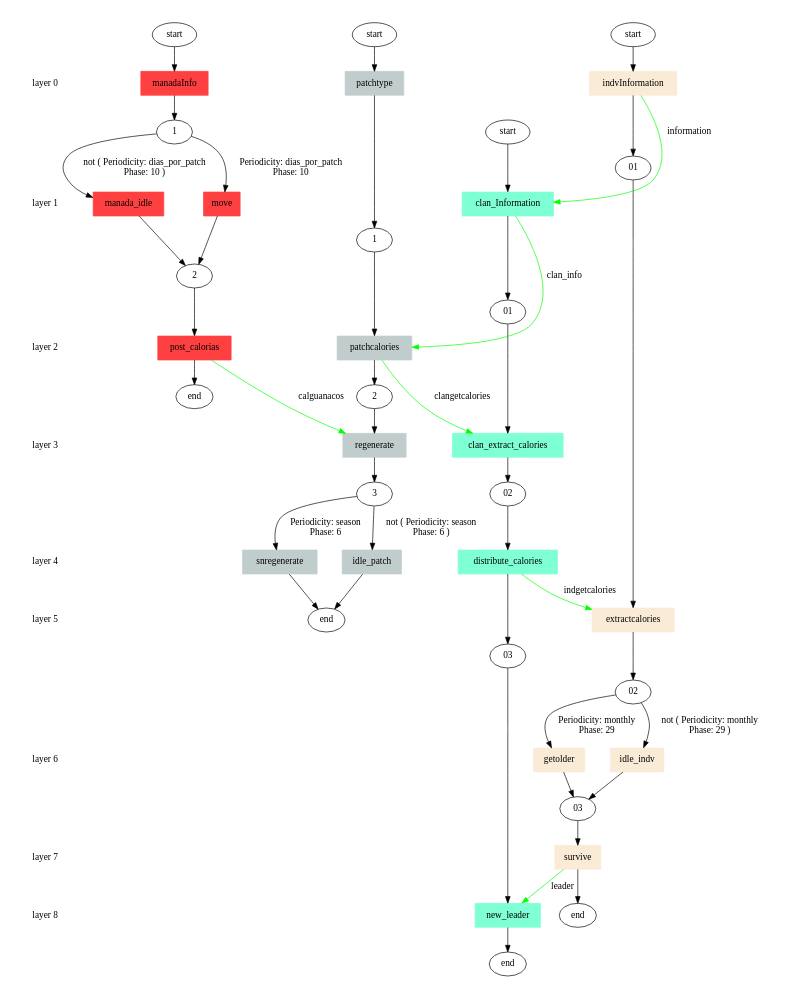
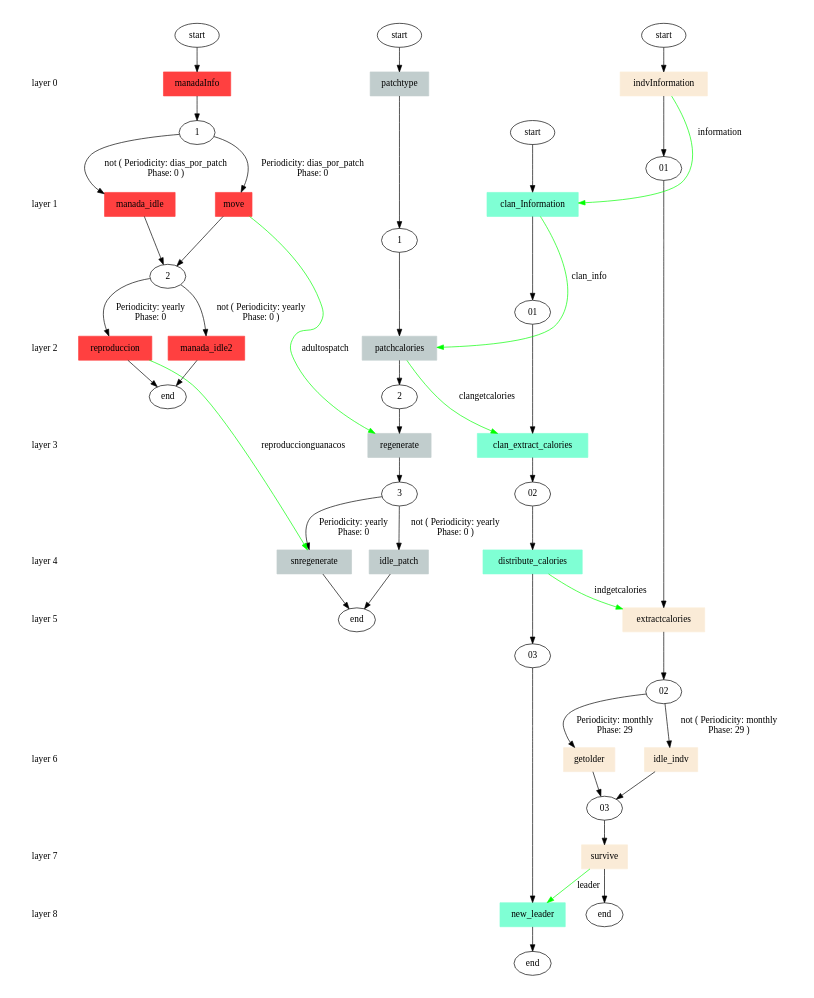
The diagram in stategraph_colour.dot (andresroro/patagonia), drawn with Graphviz before and after one commit. The commit also changed 30 other files, not shown here.

Commit message:
ADD reproduccion guanacos

```diff
--- a/stategraph_colour.dot
+++ b/stategraph_colour.dot
@@ -1,115 +1,119 @@
 digraph state_graph {
 	rankdir=TB;
 	size="8,5;"
 	layer_0 [shape=plaintext, label="layer 0"];
 	layer_1 [shape=plaintext, label="layer 1"];
 	layer_0 -> layer_1 [style=invis];
 	layer_2 [shape=plaintext, label="layer 2"];
 	layer_1 -> layer_2 [style=invis];
 	layer_3 [shape=plaintext, label="layer 3"];
 	layer_2 -> layer_3 [style=invis];
 	layer_4 [shape=plaintext, label="layer 4"];
 	layer_3 -> layer_4 [style=invis];
 	layer_5 [shape=plaintext, label="layer 5"];
 	layer_4 -> layer_5 [style=invis];
 	layer_6 [shape=plaintext, label="layer 6"];
 	layer_5 -> layer_6 [style=invis];
 	layer_7 [shape=plaintext, label="layer 7"];
 	layer_6 -> layer_7 [style=invis];
 	layer_8 [shape=plaintext, label="layer 8"];
 	layer_7 -> layer_8 [style=invis];
 	
 	/* States */
 	indv_end [label = "end"]
 	indv_03 [label = "03"]
 	indv_02 [label = "02"]
 	indv_01 [label = "01"]
 	indv_start [label = "start"]
 	clan_end [label = "end"]
 	clan_03 [label = "03"]
 	clan_02 [label = "02"]
 	clan_01 [label = "01"]
 	clan_start [label = "start"]
 	patch_end [label = "end"]
 	patch_3 [label = "3"]
 	patch_2 [label = "2"]
 	patch_1 [label = "1"]
 	patch_start [label = "start"]
 	manada_guanacos_end [label = "end"]
 	manada_guanacos_2 [label = "2"]
 	manada_guanacos_1 [label = "1"]
 	manada_guanacos_start [label = "start"]
 	indv_indvInformation_start_01 [label = "indvInformation", shape = box,style=filled,color=antiquewhite];
 	indv_extractcalories_01_02 [label = "extractcalories", shape = box,style=filled,color=antiquewhite];
 	indv_getolder_02_03 [label = "getolder", shape = box,style=filled,color=antiquewhite];
 	indv_idle_indv_02_03 [label = "idle_indv", shape = box,style=filled,color=antiquewhite];
 	indv_survive_03_end [label = "survive", shape = box,style=filled,color=antiquewhite];
 	clan_clan_Information_start_01 [label = "clan_Information", shape = box,style=filled,color=aquamarine];
 	clan_clan_extract_calories_01_02 [label = "clan_extract_calories", shape = box,style=filled,color=aquamarine];
 	clan_distribute_calories_02_03 [label = "distribute_calories", shape = box,style=filled,color=aquamarine];
 	clan_new_leader_03_end [label = "new_leader", shape = box,style=filled,color=aquamarine];
 	patch_patchtype_start_1 [label = "patchtype", shape = box,style=filled,color=azure3];
 	patch_patchcalories_1_2 [label = "patchcalories", shape = box,style=filled,color=azure3];
 	patch_regenerate_2_3 [label = "regenerate", shape = box,style=filled,color=azure3];
 	patch_snregenerate_3_end [label = "snregenerate", shape = box,style=filled,color=azure3];
 	patch_idle_patch_3_end [label = "idle_patch", shape = box,style=filled,color=azure3];
 	manada_guanacos_manadaInfo_start_1 [label = "manadaInfo", shape = box,style=filled,color=brown1];
 	manada_guanacos_manada_idle_1_2 [label = "manada_idle", shape = box,style=filled,color=brown1];
 	manada_guanacos_move_1_2 [label = "move", shape = box,style=filled,color=brown1];
-	manada_guanacos_post_calorias_2_end [label = "post_calorias", shape = box,style=filled,color=brown1];
+	manada_guanacos_reproduccion_2_end [label = "reproduccion", shape = box,style=filled,color=brown1];
+	manada_guanacos_manada_idle2_2_end [label = "manada_idle2", shape = box,style=filled,color=brown1];
 	
 	/* Transitions */
 	indv_start -> indv_indvInformation_start_01;
 	indv_indvInformation_start_01 -> indv_01;
 	indv_01 -> indv_extractcalories_01_02;
 	indv_extractcalories_01_02 -> indv_02;
 	indv_02 -> indv_getolder_02_03 [ label = "Periodicity: monthly\nPhase: 29"];
 	indv_getolder_02_03 -> indv_03;
 	indv_02 -> indv_idle_indv_02_03 [ label = "not ( Periodicity: monthly\nPhase: 29 )"];
 	indv_idle_indv_02_03 -> indv_03;
 	indv_03 -> indv_survive_03_end;
 	indv_survive_03_end -> indv_end;
 	clan_start -> clan_clan_Information_start_01;
 	clan_clan_Information_start_01 -> clan_01;
 	clan_01 -> clan_clan_extract_calories_01_02;
 	clan_clan_extract_calories_01_02 -> clan_02;
 	clan_02 -> clan_distribute_calories_02_03;
 	clan_distribute_calories_02_03 -> clan_03;
 	clan_03 -> clan_new_leader_03_end;
 	clan_new_leader_03_end -> clan_end;
 	patch_start -> patch_patchtype_start_1;
 	patch_patchtype_start_1 -> patch_1;
 	patch_1 -> patch_patchcalories_1_2;
 	patch_patchcalories_1_2 -> patch_2;
 	patch_2 -> patch_regenerate_2_3;
 	patch_regenerate_2_3 -> patch_3;
-	patch_3 -> patch_snregenerate_3_end [ label = "Periodicity: season\nPhase: 6"];
+	patch_3 -> patch_snregenerate_3_end [ label = "Periodicity: yearly\nPhase: 0"];
 	patch_snregenerate_3_end -> patch_end;
-	patch_3 -> patch_idle_patch_3_end [ label = "not ( Periodicity: season\nPhase: 6 )"];
+	patch_3 -> patch_idle_patch_3_end [ label = "not ( Periodicity: yearly\nPhase: 0 )"];
 	patch_idle_patch_3_end -> patch_end;
 	manada_guanacos_start -> manada_guanacos_manadaInfo_start_1;
 	manada_guanacos_manadaInfo_start_1 -> manada_guanacos_1;
-	manada_guanacos_1 -> manada_guanacos_manada_idle_1_2 [ label = "not ( Periodicity: dias_por_patch\nPhase: 10 )"];
+	manada_guanacos_1 -> manada_guanacos_manada_idle_1_2 [ label = "not ( Periodicity: dias_por_patch\nPhase: 0 )"];
 	manada_guanacos_manada_idle_1_2 -> manada_guanacos_2;
-	manada_guanacos_1 -> manada_guanacos_move_1_2 [ label = "Periodicity: dias_por_patch\nPhase: 10"];
+	manada_guanacos_1 -> manada_guanacos_move_1_2 [ label = "Periodicity: dias_por_patch\nPhase: 0"];
 	manada_guanacos_move_1_2 -> manada_guanacos_2;
-	manada_guanacos_2 -> manada_guanacos_post_calorias_2_end;
-	manada_guanacos_post_calorias_2_end -> manada_guanacos_end;
+	manada_guanacos_2 -> manada_guanacos_reproduccion_2_end [ label = "Periodicity: yearly\nPhase: 0"];
+	manada_guanacos_reproduccion_2_end -> manada_guanacos_end;
+	manada_guanacos_2 -> manada_guanacos_manada_idle2_2_end [ label = "not ( Periodicity: yearly\nPhase: 0 )"];
+	manada_guanacos_manada_idle2_2_end -> manada_guanacos_end;
 	
 	/* Communications */
-	manada_guanacos_post_calorias_2_end -> patch_regenerate_2_3 [ label = "calguanacos" color="#00ff00" constraint=false];
+	manada_guanacos_reproduccion_2_end -> patch_snregenerate_3_end [ label = "reproduccionguanacos" color="#00ff00" constraint=false];
+	manada_guanacos_move_1_2 -> patch_regenerate_2_3 [ label = "adultospatch" color="#00ff00" constraint=false];
 	clan_clan_Information_start_01 -> patch_patchcalories_1_2 [ label = "clan_info" color="#00ff00" constraint=false];
 	indv_survive_03_end -> clan_new_leader_03_end [ label = "leader" color="#00ff00" constraint=false];
 	patch_patchcalories_1_2 -> clan_clan_extract_calories_01_02 [ label = "clangetcalories" color="#00ff00" constraint=false];
 	indv_indvInformation_start_01 -> clan_clan_Information_start_01 [ label = "information" color="#00ff00" constraint=false];
 	clan_distribute_calories_02_03 -> indv_extractcalories_01_02 [ label = "indgetcalories" color="#00ff00" constraint=false];
 	{ rank=same; layer_0;  indv_indvInformation_start_01;  patch_patchtype_start_1;  manada_guanacos_manadaInfo_start_1; }
 	{ rank=same; layer_1;  clan_clan_Information_start_01;  manada_guanacos_manada_idle_1_2;  manada_guanacos_move_1_2; }
-	{ rank=same; layer_2;  patch_patchcalories_1_2;  manada_guanacos_post_calorias_2_end; }
+	{ rank=same; layer_2;  patch_patchcalories_1_2;  manada_guanacos_reproduccion_2_end;  manada_guanacos_manada_idle2_2_end; }
 	{ rank=same; layer_3;  clan_clan_extract_calories_01_02;  patch_regenerate_2_3; }
 	{ rank=same; layer_4;  clan_distribute_calories_02_03;  patch_snregenerate_3_end;  patch_idle_patch_3_end; }
 	{ rank=same; layer_5;  indv_extractcalories_01_02; }
 	{ rank=same; layer_6;  indv_getolder_02_03;  indv_idle_indv_02_03; }
 	{ rank=same; layer_7;  indv_survive_03_end; }
 	{ rank=same; layer_8;  clan_new_leader_03_end; }
 }
```
